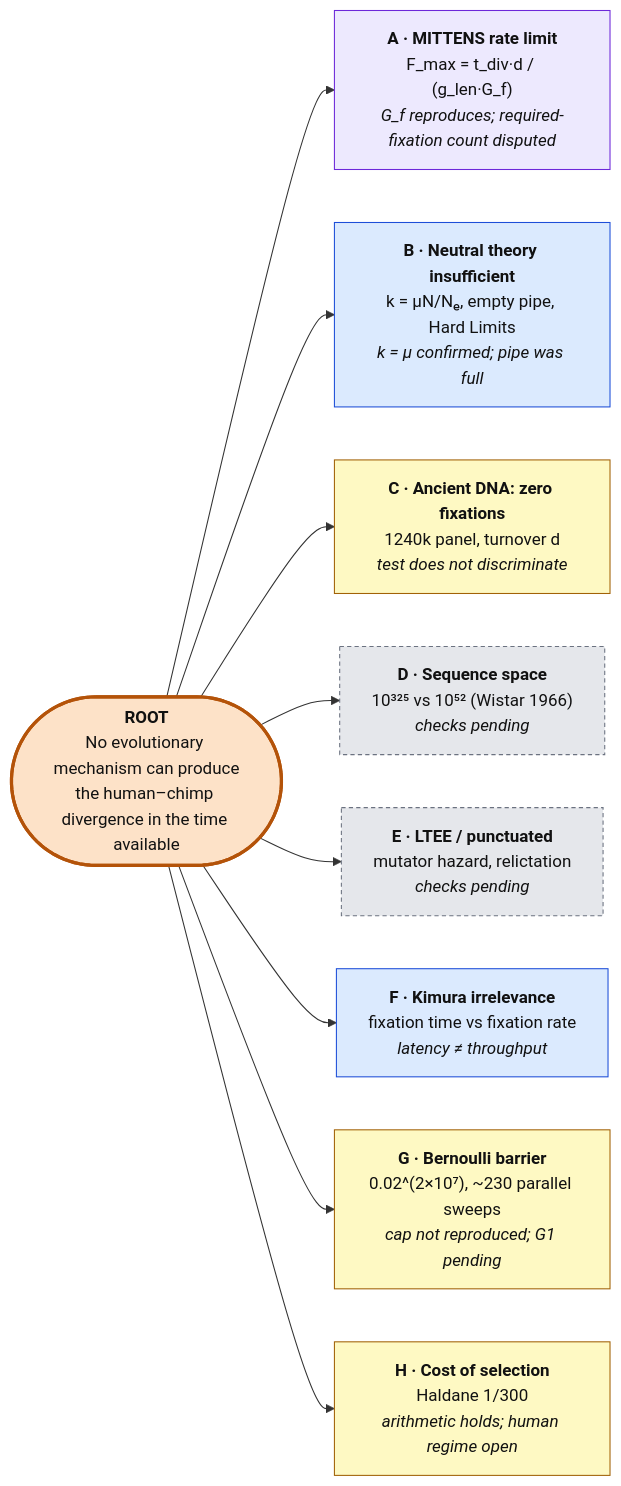
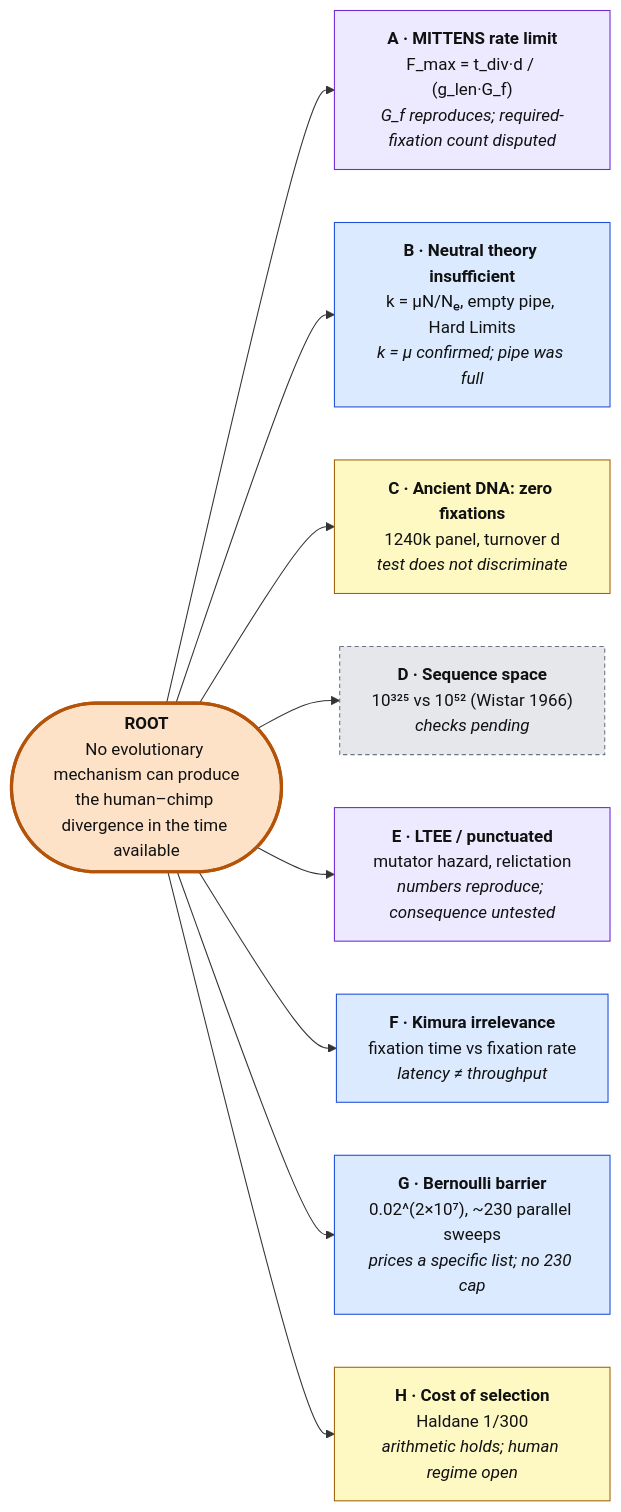
The first of 2 diagrams in README.md (nickallevato/evo-sim), drawn with Mermaid before and after one commit. The commit also changed other lines of this file and 114 other files, not shown here.

````diff
--- a/README.md
+++ b/README.md
@@ -63,21 +65,21 @@
 ```mermaid
 flowchart LR
   ROOT(["<b>ROOT</b><br/>No evolutionary mechanism can produce<br/>the human–chimp divergence in the time available"]):::day
 
   A["<b>A · MITTENS rate limit</b><br/>F_max = t_div·d / (g_len·G_f)<br/><i>G_f reproduces; required-fixation count disputed</i>"]:::mixed
   B["<b>B · Neutral theory insufficient</b><br/>k = μN/Nₑ, empty pipe, Hard Limits<br/><i>k = μ confirmed; pipe was full</i>"]:::critic
   C["<b>C · Ancient DNA: zero fixations</b><br/>1240k panel, turnover d<br/><i>test does not discriminate</i>"]:::open
   D["<b>D · Sequence space</b><br/>10³²⁵ vs 10⁵² (Wistar 1966)<br/><i>checks pending</i>"]:::todo
-  E["<b>E · LTEE / punctuated</b><br/>mutator hazard, relictation<br/><i>checks pending</i>"]:::todo
+  E["<b>E · LTEE / punctuated</b><br/>mutator hazard, relictation<br/><i>numbers reproduce; consequence untested</i>"]:::mixed
   F["<b>F · Kimura irrelevance</b><br/>fixation time vs fixation rate<br/><i>latency ≠ throughput</i>"]:::critic
-  G["<b>G · Bernoulli barrier</b><br/>0.02^(2×10⁷), ~230 parallel sweeps<br/><i>cap not reproduced; G1 pending</i>"]:::open
+  G["<b>G · Bernoulli barrier</b><br/>0.02^(2×10⁷), ~230 parallel sweeps<br/><i>prices a specific list; no 230 cap</i>"]:::critic
   H["<b>H · Cost of selection</b><br/>Haldane 1/300<br/><i>arithmetic holds; human regime open</i>"]:::open
 
   ROOT --> A & B & C & D & E & F & G & H
 
   classDef day fill:#fde2c8,stroke:#b45309,stroke-width:3px,color:#111
   classDef critic fill:#dbeafe,stroke:#1d4ed8,color:#111
   classDef mixed fill:#ede9fe,stroke:#6d28d9,color:#111
   classDef open fill:#fef9c3,stroke:#a16207,color:#111
   classDef todo fill:#e5e7eb,stroke:#6b7280,color:#111,stroke-dasharray:4 3
 ```
````
